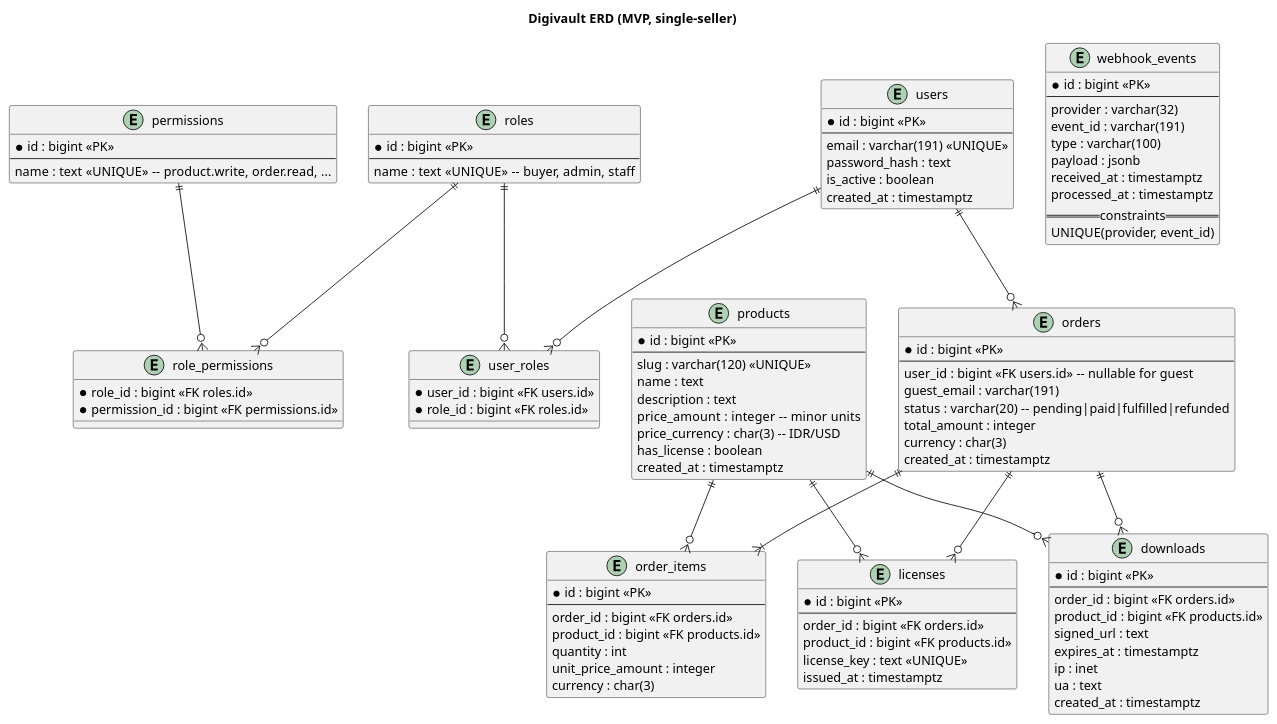
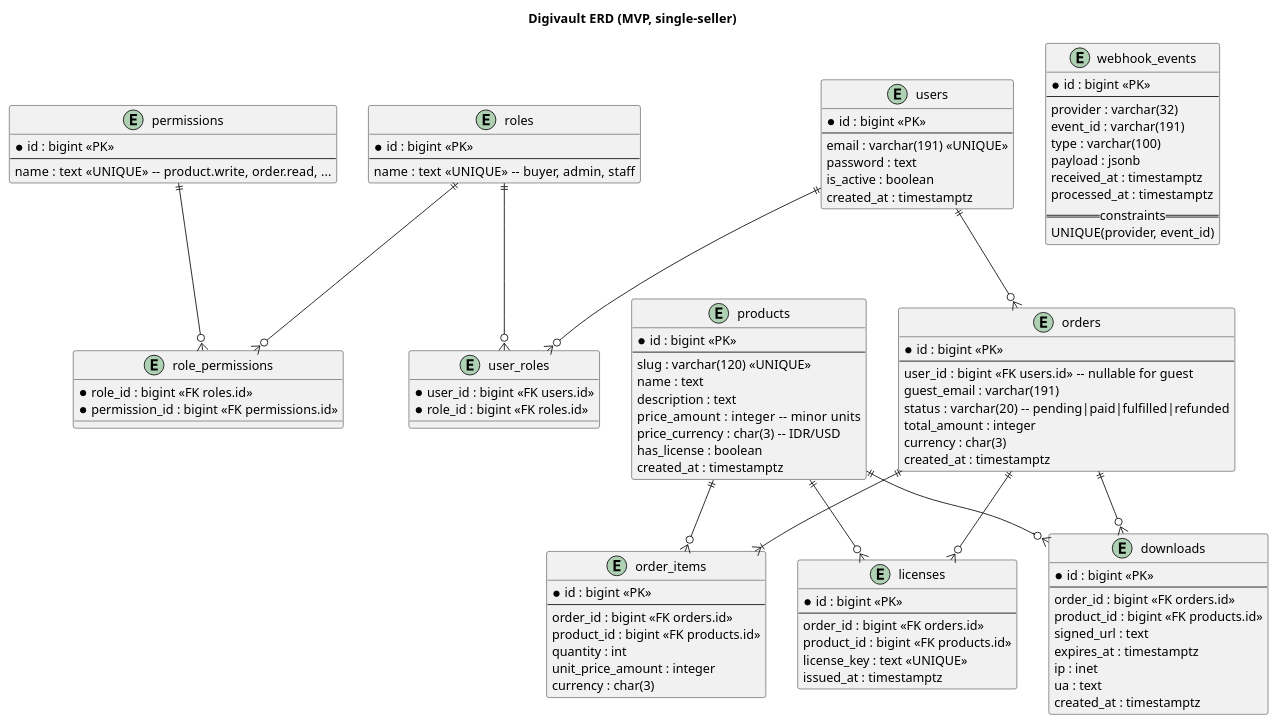
One commit to Self-Hackathon/digivault changed the diagram in docs/diagrams/erd.puml. Above: the diagram before and after it, drawn with PlantUML. The commit also changed 2 other files, not shown here.

Commit message:
feat(seed): add UserSeeder (initial admin account) - email: admin@digivault.dev - hashed password - idempotent via updateOrInsert

```diff
--- a/docs/diagrams/erd.puml
+++ b/docs/diagrams/erd.puml
@@ -1,114 +1,114 @@
 @startuml
 title Digivault ERD (MVP, single-seller)
 
 entity users {
   * id : bigint <<PK>>
   --
   email : varchar(191) <<UNIQUE>>
-  password_hash : text
+  password : text
   is_active : boolean
   created_at : timestamptz
 }
 
 entity roles {
   * id : bigint <<PK>>
   --
   name : text <<UNIQUE>>  -- buyer, admin, staff
 }
 
 entity permissions {
   * id : bigint <<PK>>
   --
   name : text <<UNIQUE>>  -- product.write, order.read, ...
 }
 
 entity user_roles {
   * user_id : bigint <<FK users.id>>
   * role_id : bigint <<FK roles.id>>
 }
 
 entity role_permissions {
   * role_id : bigint <<FK roles.id>>
   * permission_id : bigint <<FK permissions.id>>
 }
 
 entity products {
   * id : bigint <<PK>>
   --
   slug : varchar(120) <<UNIQUE>>
   name : text
   description : text
   price_amount : integer   -- minor units
   price_currency : char(3) -- IDR/USD
   has_license : boolean
   created_at : timestamptz
 }
 
 entity orders {
   * id : bigint <<PK>>
   --
   user_id : bigint <<FK users.id>>  -- nullable for guest
   guest_email : varchar(191)
   status : varchar(20)  -- pending|paid|fulfilled|refunded
   total_amount : integer
   currency : char(3)
   created_at : timestamptz
 }
 
 entity order_items {
   * id : bigint <<PK>>
   --
   order_id : bigint <<FK orders.id>>
   product_id : bigint <<FK products.id>>
   quantity : int
   unit_price_amount : integer
   currency : char(3)
 }
 
 entity licenses {
   * id : bigint <<PK>>
   --
   order_id : bigint <<FK orders.id>>
   product_id : bigint <<FK products.id>>
   license_key : text <<UNIQUE>>
   issued_at : timestamptz
 }
 
 entity downloads {
   * id : bigint <<PK>>
   --
   order_id : bigint <<FK orders.id>>
   product_id : bigint <<FK products.id>>
   signed_url : text
   expires_at : timestamptz
   ip : inet
   ua : text
   created_at : timestamptz
 }
 
 entity webhook_events {
   * id : bigint <<PK>>
   --
   provider : varchar(32)
   event_id : varchar(191)
   type : varchar(100)
   payload : jsonb
   received_at : timestamptz
   processed_at : timestamptz
   == constraints ==
   UNIQUE(provider, event_id)
 }
 
 users ||--o{ orders
 orders ||--|{ order_items
 products ||--o{ order_items
 orders ||--o{ licenses
 products ||--o{ licenses
 orders ||--o{ downloads
 products ||--o{ downloads
 
 users ||--o{ user_roles
 roles ||--o{ user_roles
 roles ||--o{ role_permissions
 permissions ||--o{ role_permissions
 @enduml
```
